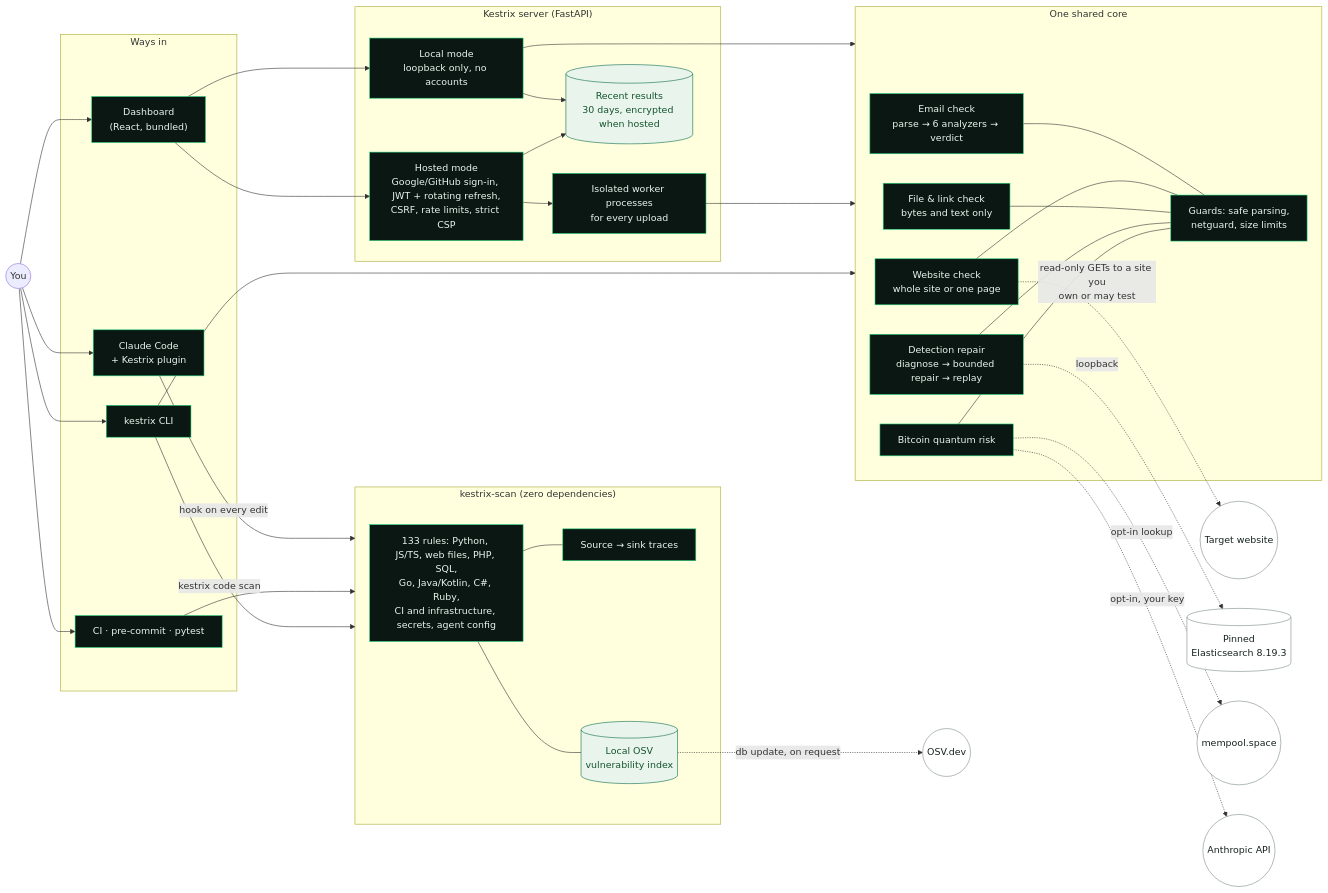
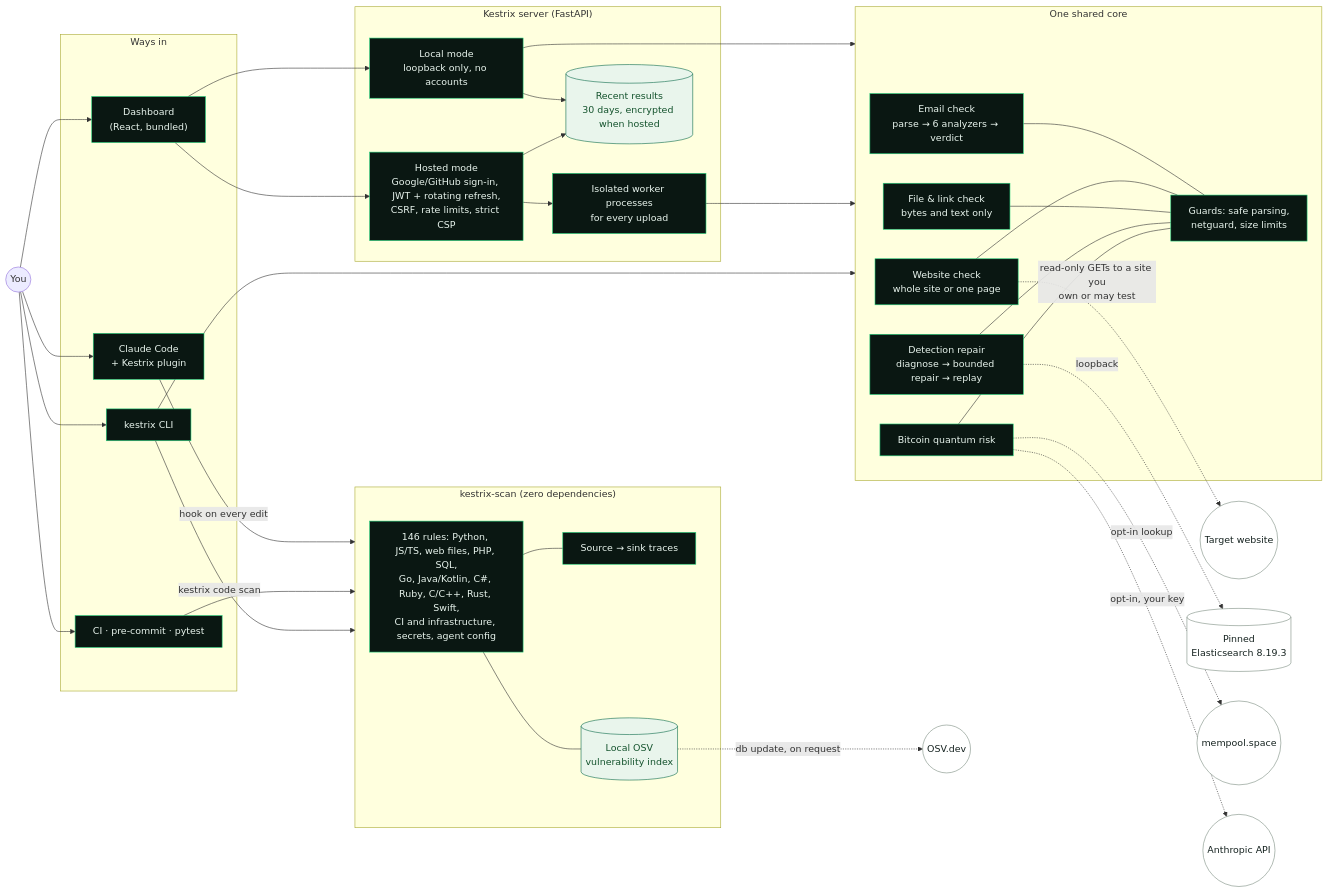
Before and after one commit to Ruthvik-Bandari/kestrix: the diagram in README.md, drawn with Mermaid. The commit also changed 11 other files, not shown here.

````diff
--- a/README.md
+++ b/README.md
@@ -379,59 +379,59 @@
 ```mermaid
 flowchart LR
   you(("You"))
 
   subgraph entry["Ways in"]
     cli["kestrix CLI"]
     ui["Dashboard<br/>(React, bundled)"]
     cc["Claude Code<br/>+ Kestrix plugin"]
     ci["CI · pre-commit · pytest"]
   end
 
   subgraph server["Kestrix server (FastAPI)"]
     local["Local mode<br/>loopback only, no accounts"]
     hosted["Hosted mode<br/>Google/GitHub sign-in, JWT + rotating refresh,<br/>CSRF, rate limits, strict CSP"]
     iso["Isolated worker processes<br/>for every upload"]
     hist[("Recent results<br/>30 days, encrypted when hosted")]
   end
 
   subgraph core["One shared core"]
     mail["Email check<br/>parse → 6 analyzers → verdict"]
     web["Website check<br/>whole site or one page"]
     foren["File & link check<br/>bytes and text only"]
     det["Detection repair<br/>diagnose → bounded repair → replay"]
     btc["Bitcoin quantum risk"]
     guard["Guards: safe parsing,<br/>netguard, size limits"]
   end
 
   subgraph scanner["kestrix-scan (zero dependencies)"]
-    rules["133 rules: Python, JS/TS, web files, PHP, SQL,<br/>Go, Java/Kotlin, C#, Ruby,<br/>CI and infrastructure, secrets, agent config"]
+    rules["146 rules: Python, JS/TS, web files, PHP, SQL,<br/>Go, Java/Kotlin, C#, Ruby, C/C++, Rust, Swift,<br/>CI and infrastructure, secrets, agent config"]
     taint["Source → sink traces"]
     osv[("Local OSV<br/>vulnerability index")]
   end
 
   you --> cli & ui & cc & ci
   ui --> local & hosted
   hosted --> iso
   local & iso --> core
   cli --> core
   local & hosted --> hist
   cc -->|"hook on every edit"| scanner
   ci --> scanner
   cli -->|"kestrix code scan"| scanner
   rules --- taint
   rules --- osv
   mail & web & foren & det & btc --- guard
 
   web -.->|"read-only GETs to a site you<br/>own or may test"| site((Target website))
   det -.->|"loopback"| es[("Pinned<br/>Elasticsearch 8.19.3")]
   btc -.->|"opt-in lookup"| mempool((mempool.space))
   btc -.->|"opt-in, your key"| anthropic((Anthropic API))
   osv -.->|"db update, on request"| osvnet((OSV.dev))
 
   classDef zone fill:#0a1712,stroke:#1fd17a,color:#e9f5ee
   classDef ext fill:#ffffff,stroke:#7d8d82,color:#162320
   classDef store fill:#e9f5ec,stroke:#0c6b4b,color:#14532d
   class cli,ui,cc,ci,local,hosted,iso,mail,web,foren,det,btc,guard,rules,taint zone
   class site,es,mempool,anthropic,osvnet ext
   class hist,osv store
 ```
````
